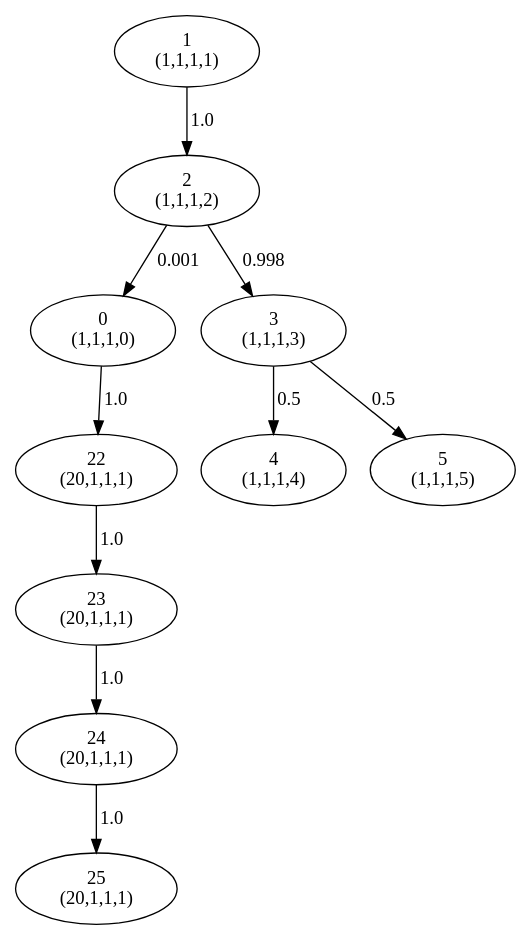
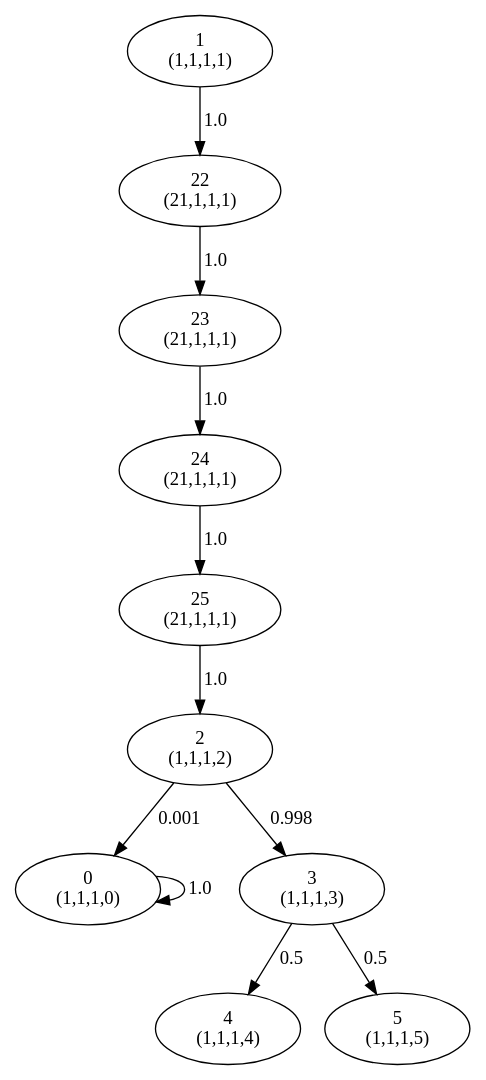
The diagram in src/meta-hephaestus/HplProducts/samples/dtmcComposed/output/fDTMC_Example_01/simple.dot (rbonifacio/hephaestus-pl), drawn with Graphviz before and after one commit. The commit also changed 23 other files, not shown here.

```diff
--- a/src/meta-hephaestus/HplProducts/samples/dtmcComposed/output/fDTMC_Example_01/simple.dot
+++ b/src/meta-hephaestus/HplProducts/samples/dtmcComposed/output/fDTMC_Example_01/simple.dot
@@ -1,21 +1,22 @@
 digraph {
     0 [label="0\n(1,1,1,0)"];
     1 [label="1\n(1,1,1,1)"];
     2 [label="2\n(1,1,1,2)"];
     3 [label="3\n(1,1,1,3)"];
     4 [label="4\n(1,1,1,4)"];
     5 [label="5\n(1,1,1,5)"];
-    28 [label="22\n(20,1,1,1)"];
-    29 [label="23\n(20,1,1,1)"];
-    30 [label="24\n(20,1,1,1)"];
-    31 [label="25\n(20,1,1,1)"];
-    0 -> 28 [label=1.0];
-    1 -> 2 [label=1.0];
+    28 [label="22\n(21,1,1,1)"];
+    29 [label="23\n(21,1,1,1)"];
+    30 [label="24\n(21,1,1,1)"];
+    31 [label="25\n(21,1,1,1)"];
+    0 -> 0 [label=1.0];
+    1 -> 28 [label=1.0];
     2 -> 0 [label=0.001];
     2 -> 3 [label=0.998];
     3 -> 4 [label=0.5];
     3 -> 5 [label=0.5];
     28 -> 29 [label=1.0];
     29 -> 30 [label=1.0];
     30 -> 31 [label=1.0];
+    31 -> 2 [label=1.0];
 }
```
